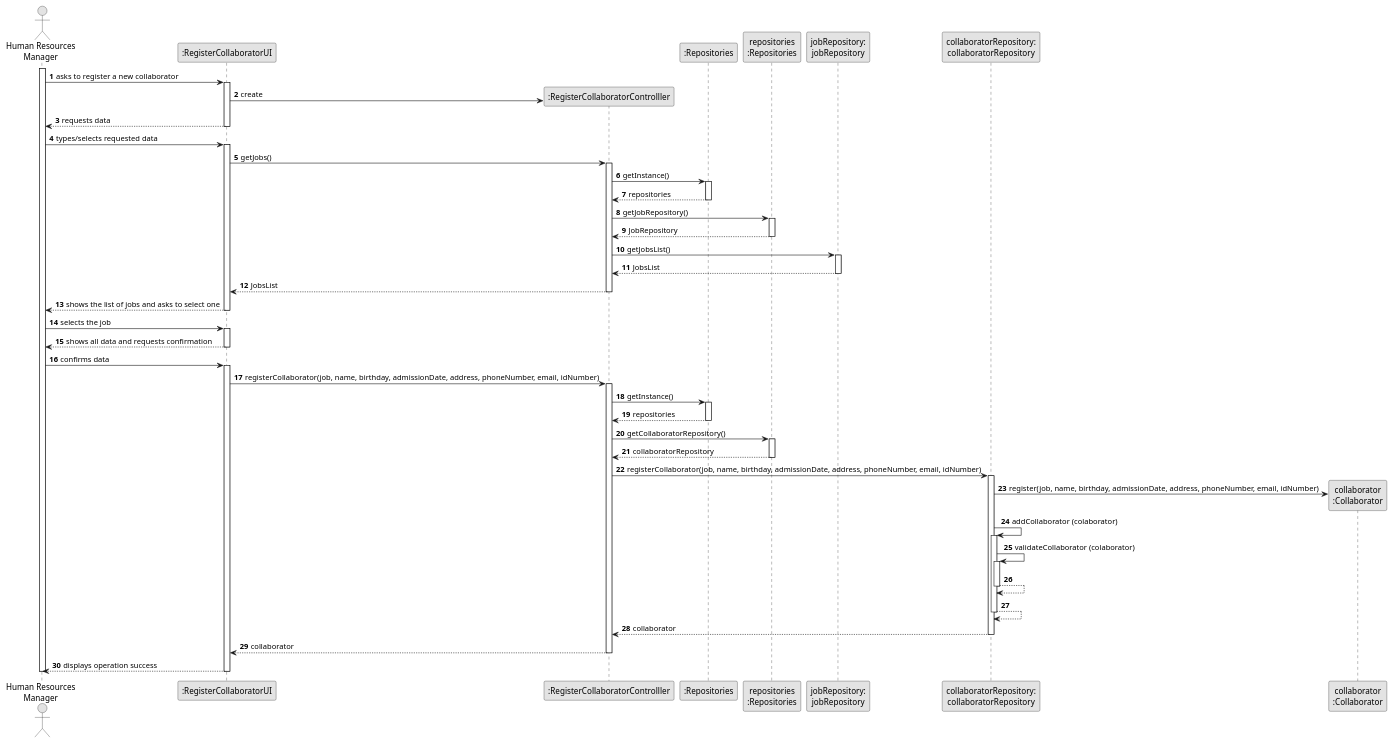
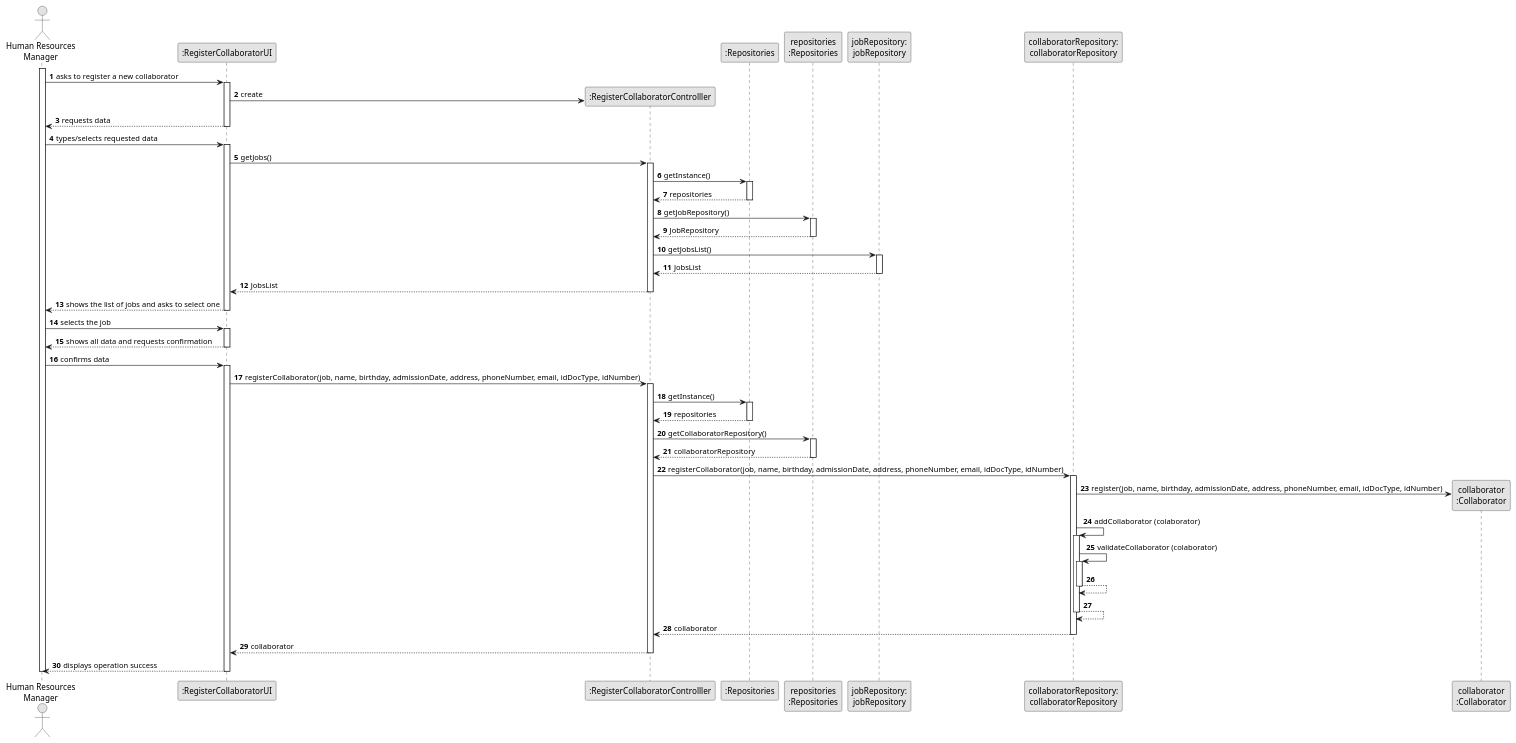
One commit to daniel41silva05/ISEP_2023_2024_LAPR2 changed the diagram in docs/sprintA&B/us003/03.design/puml/us003-sequence-diagram-full.puml. Above: the diagram before and after it, drawn with PlantUML. The commit also changed 5 other files, not shown here.

Commit message:
ED-17 US03 - update Class Diagram

```diff
--- a/docs/sprintA&B/us003/03.design/puml/us003-sequence-diagram-full.puml
+++ b/docs/sprintA&B/us003/03.design/puml/us003-sequence-diagram-full.puml
@@ -1,110 +1,110 @@
 @startuml
 skinparam monochrome true
 skinparam packageStyle rectangle
 skinparam shadowing false
 
 autonumber
 
 'hide footbox
 actor "Human Resources\nManager" as HRM
 participant ":RegisterCollaboratorUI" as UI
 participant ":RegisterCollaboratorControlller" as CTRL
 participant ":Repositories" as REP
 participant "repositories\n:Repositories" as REPS
 participant "jobRepository:\njobRepository" as jobRepository
 participant "collaboratorRepository:\ncollaboratorRepository" as collaboratorRepository
 participant "collaborator\n:Collaborator" as COLLABORATOR
 
 activate HRM
 
     HRM -> UI : asks to register a new collaborator
     activate UI
 
         UI -> CTRL** : create
 
     UI --> HRM : requests data
     deactivate UI
 
     HRM -> UI : types/selects requested data
     activate UI
 
         UI -> CTRL : getJobs()
         activate CTRL
 
             CTRL -> REP : getInstance()
             activate REP
 
             REP --> CTRL: repositories
             deactivate REP
 
             CTRL -> REPS : getJobRepository()
             activate REPS
 
             REPS --> CTRL: JobRepository
             deactivate REPS
 
             CTRL -> jobRepository: getJobsList()
             activate jobRepository
 
             jobRepository --> CTRL : JobsList
             deactivate jobRepository
 
             CTRL --> UI : JobsList
             deactivate CTRL
 
     UI --> HRM : shows the list of jobs and asks to select one
     deactivate UI
 
     HRM -> UI : selects the job
     activate UI
 
     UI --> HRM : shows all data and requests confirmation
     deactivate UI
 
     HRM -> UI : confirms data
     activate UI
 
-        UI -> CTRL: registerCollaborator(job, name, birthday, admissionDate, address, phoneNumber, email, idNumber)
+        UI -> CTRL: registerCollaborator(job, name, birthday, admissionDate, address, phoneNumber, email, idDocType, idNumber)
         activate CTRL
 
             CTRL -> REP: getInstance()
             activate REP
 
             REP --> CTRL: repositories
             deactivate REP
 
             CTRL -> REPS: getCollaboratorRepository()
             activate REPS
 
             REPS --> CTRL: collaboratorRepository
             deactivate REPS
 
-            CTRL -> collaboratorRepository: registerCollaborator(job, name, birthday, admissionDate, address, phoneNumber, email, idNumber)
+            CTRL -> collaboratorRepository: registerCollaborator(job, name, birthday, admissionDate, address, phoneNumber, email, idDocType, idNumber)
             activate collaboratorRepository
 
-                collaboratorRepository -> COLLABORATOR** : register(job, name, birthday, admissionDate, address, phoneNumber, email, idNumber)
+                collaboratorRepository -> COLLABORATOR** : register(job, name, birthday, admissionDate, address, phoneNumber, email, idDocType, idNumber)
 
                 collaboratorRepository -> collaboratorRepository: addCollaborator (colaborator)
                 activate collaboratorRepository
 
                 collaboratorRepository -> collaboratorRepository: validateCollaborator (colaborator)
                 activate collaboratorRepository
 
                 collaboratorRepository --> collaboratorRepository
                 deactivate collaboratorRepository
 
                 collaboratorRepository --> collaboratorRepository
                 deactivate collaboratorRepository
 
             collaboratorRepository --> CTRL: collaborator
             deactivate collaboratorRepository
 
         CTRL --> UI: collaborator
         deactivate CTRL
 
     UI --> HRM: displays operation success
     deactivate UI
 
 deactivate HRM
 
 @enduml
```
